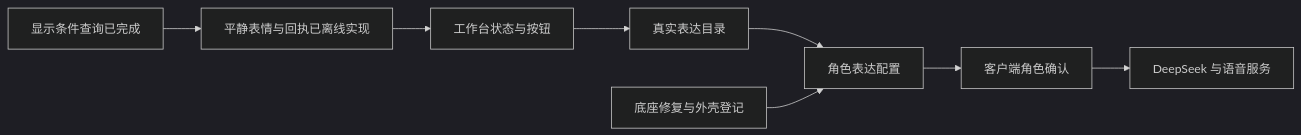
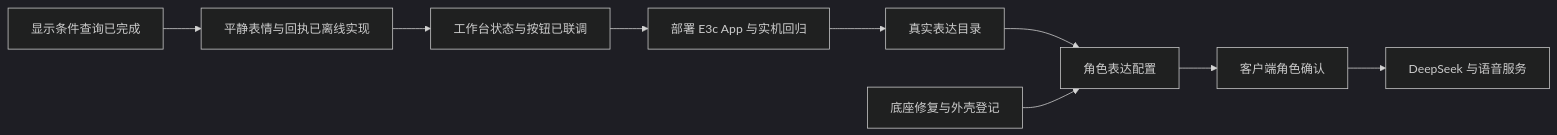
One commit to 404-NOT-FOUND-ERROR/DeskBot-Hardware changed the diagram in docs/development-pipeline-20261102.md. Above: the diagram before and after it, drawn with Mermaid (dark theme). The commit also changed other lines of this file and 34 other files, not shown here.

````diff
--- a/docs/development-pipeline-20261102.md
+++ b/docs/development-pipeline-20261102.md
@@ -20,10 +20,11 @@
 ```mermaid
 flowchart LR
     A[显示条件查询已完成] --> B[平静表情与回执已离线实现]
-    B --> C[工作台状态与按钮]
-    C --> D[真实表达目录]
-    D --> E[角色表达配置]
-    F[底座修复与外壳登记] --> E
-    E --> G[客户端角色确认]
-    G --> H[DeepSeek 与语音服务]
+    B --> C[工作台状态与按钮已联调]
+    C --> D[部署 E3c App 与实机回归]
+    D --> E[真实表达目录]
+    E --> F[角色表达配置]
+    G[底座修复与外壳登记] --> F
+    F --> H[客户端角色确认]
+    H --> I[DeepSeek 与语音服务]
 ```
````
